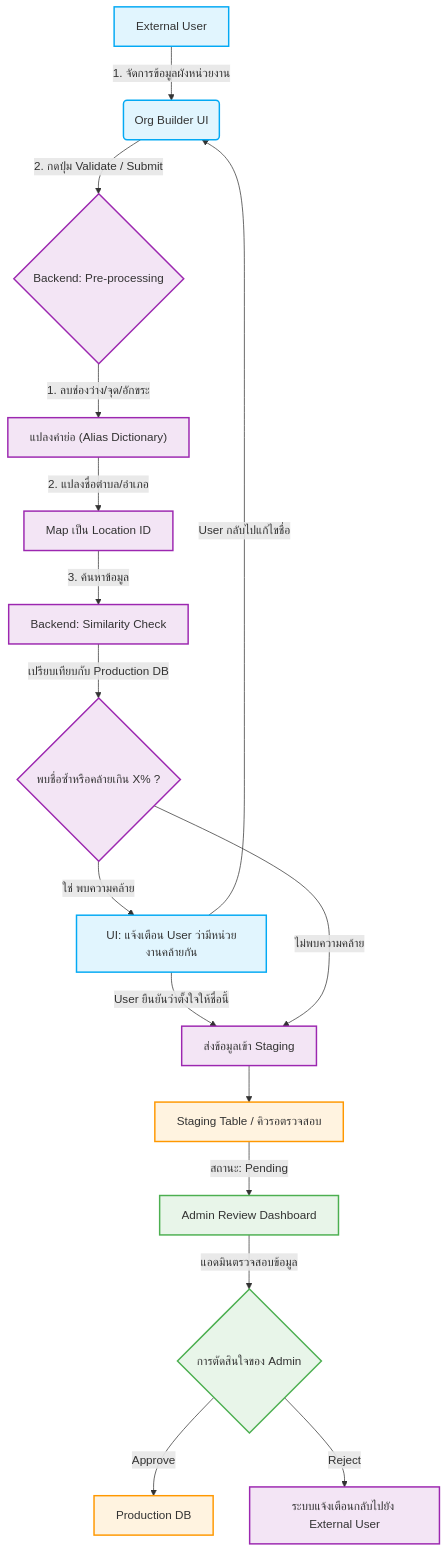
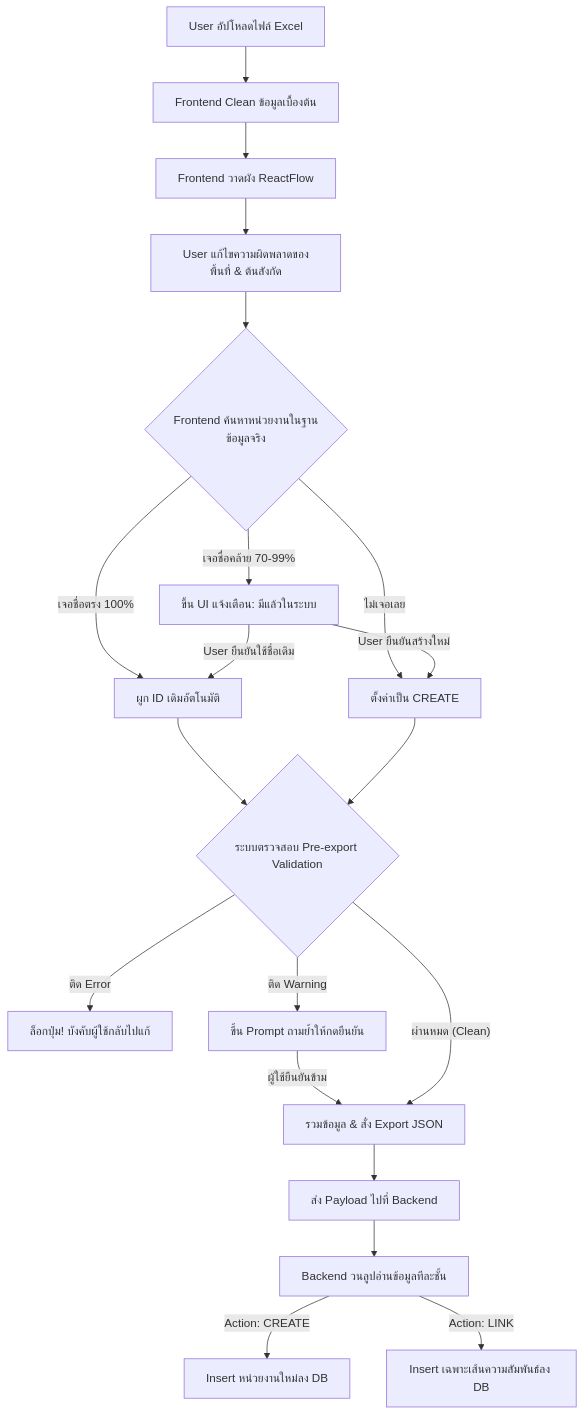
One commit to traffy-nectec/org-chart-creation changed the first of 2 diagrams in README.md. Above: the diagram before and after it, drawn with Mermaid. The commit also changed other lines of this file, not shown here.

Commit message:
docs: update system architecture to E2E Contextual UX Pipeline

````diff
--- a/README.md
+++ b/README.md
@@ -64,39 +65,28 @@
 ```mermaid
 flowchart TD
-    %% User Actions
-    A["External User"] -->|1. จัดการข้อมูลผังหน่วยงาน| B("Org Builder UI")
-    B -->|2. กดปุ่ม Validate / Submit| C{"Backend: Pre-processing"}
-    
-    %% Backend Processing
-    C -->|1. ลบช่องว่าง/จุด/อักขระ| C1["แปลงคำย่อ (Alias Dictionary)"]
-    C1 -->|2. แปลงชื่อตำบล/อำเภอ| C2["Map เป็น Location ID"]
-    C2 -->|3. ค้นหาข้อมูล| D["Backend: Similarity Check"]
-    D -->|เปรียบเทียบกับ Production DB| E{"พบชื่อซ้ำหรือคล้ายเกิน X% ?"}
-    
-    %% User Feedback Loop
-    E -->|ใช่ พบความคล้าย| F["UI: แจ้งเตือน User ว่ามีหน่วยงานคล้ายกัน"]
-    F -->|User กลับไปแก้ไขชื่อ| B
-    F -->|User ยืนยันว่าตั้งใจให้ชื่อนี้| G["ส่งข้อมูลเข้า Staging"]
-    
-    %% Clean Path
-    E -->|ไม่พบความคล้าย| G["ส่งข้อมูลเข้า Staging"]
-    
-    %% Staging & Admin
-    G --> H["Staging Table / คิวรอตรวจสอบ"]
-    H -->|สถานะ: Pending| I["Admin Review Dashboard"]
-    I -->|แอดมินตรวจสอบข้อมูล| J{"การตัดสินใจของ Admin"}
-    
-    J -->|Approve| K["Production DB"]
-    J -->|Reject| L["ระบบแจ้งเตือนกลับไปยัง External User"]
-    
-    %% Styling
-    classDef external fill:#e1f5fe,stroke:#03a9f4,stroke-width:2px;
-    classDef backend fill:#f3e5f5,stroke:#9c27b0,stroke-width:2px;
-    classDef database fill:#fff3e0,stroke:#ff9800,stroke-width:2px;
-    classDef admin fill:#e8f5e9,stroke:#4caf50,stroke-width:2px;
-
-    class A,B,F external;
-    class C,C1,C2,D,E,G,L backend;
-    class H,K database;
-    class I,J admin;
+  A["User อัปโหลดไฟล์ Excel"] --> B["Frontend Clean ข้อมูลเบื้องต้น"]
+  B --> C["Frontend วาดผัง ReactFlow"]
+  C --> D["User แก้ไขความผิดพลาดของพื้นที่ & ต้นสังกัด"]
+  D --> E{"Frontend ค้นหาหน่วยงานในฐานข้อมูลจริง"}
+  
+  E -->|"เจอชื่อคล้าย 70-99%"| G["ขึ้น UI แจ้งเตือน: มีแล้วในระบบ"]
+  E -->|"เจอชื่อตรง 100%"| F["ผูก ID เดิมอัตโนมัติ"]
+  E -->|"ไม่เจอเลย"| H["ตั้งค่าเป็น CREATE"]
+  
+  G -->|"User ยืนยันใช้ชื่อเดิม"| F
+  G -->|"User ยืนยันสร้างใหม่"| H
+  
+  F --> I{"ระบบตรวจสอบ Pre-export Validation"}
+  H --> I
+  
+  I -->|"ติด Error"| J["ล็อกปุ่ม! บังคับผู้ใช้กลับไปแก้"]
+  I -->|"ติด Warning"| K["ขึ้น Prompt ถามย้ำให้กดยืนยัน"]
+  K -->|"ผู้ใช้ยืนยันข้าม"| L["รวมข้อมูล & สั่ง Export JSON"]
+  I -->|"ผ่านหมด (Clean)"| L
+  
+  L --> M["ส่ง Payload ไปที่ Backend"]
+  M --> N["Backend วนลูปอ่านข้อมูลทีละชั้น"]
+  
+  N -->|"Action: CREATE"| O["Insert หน่วยงานใหม่ลง DB"]
+  N -->|"Action: LINK"| P["Insert เฉพาะเส้นความสัมพันธ์ลง DB"]
 ```
````
